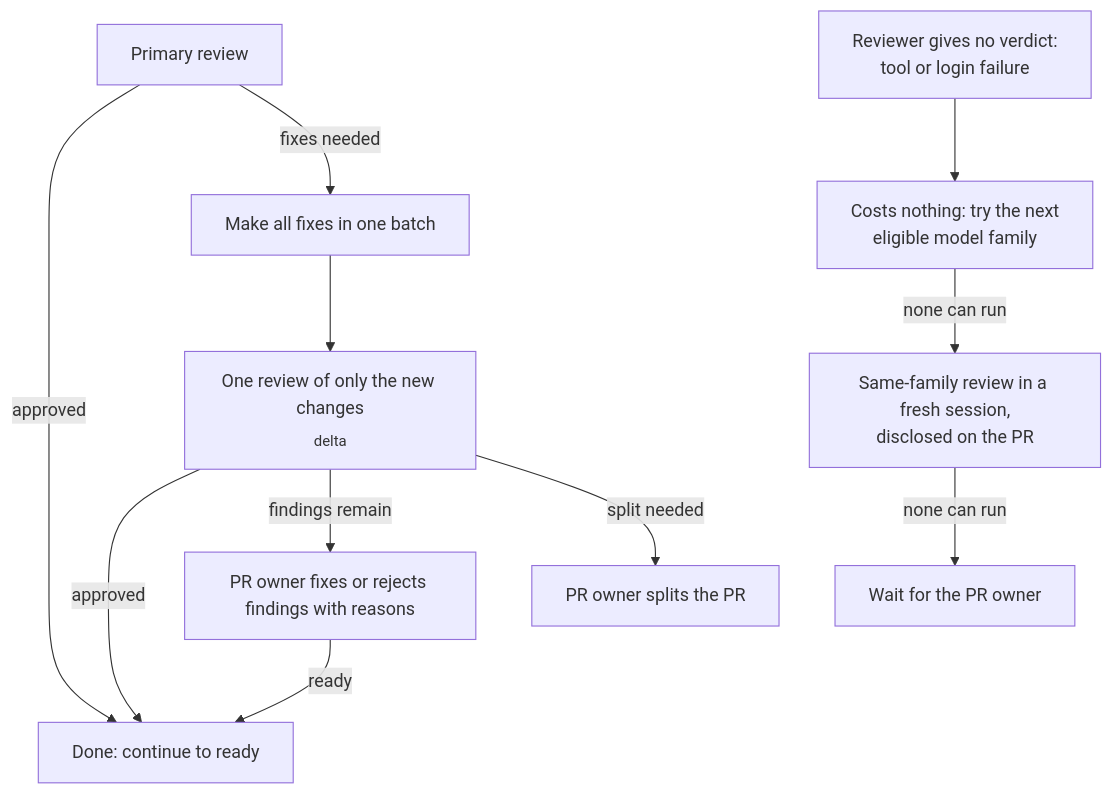
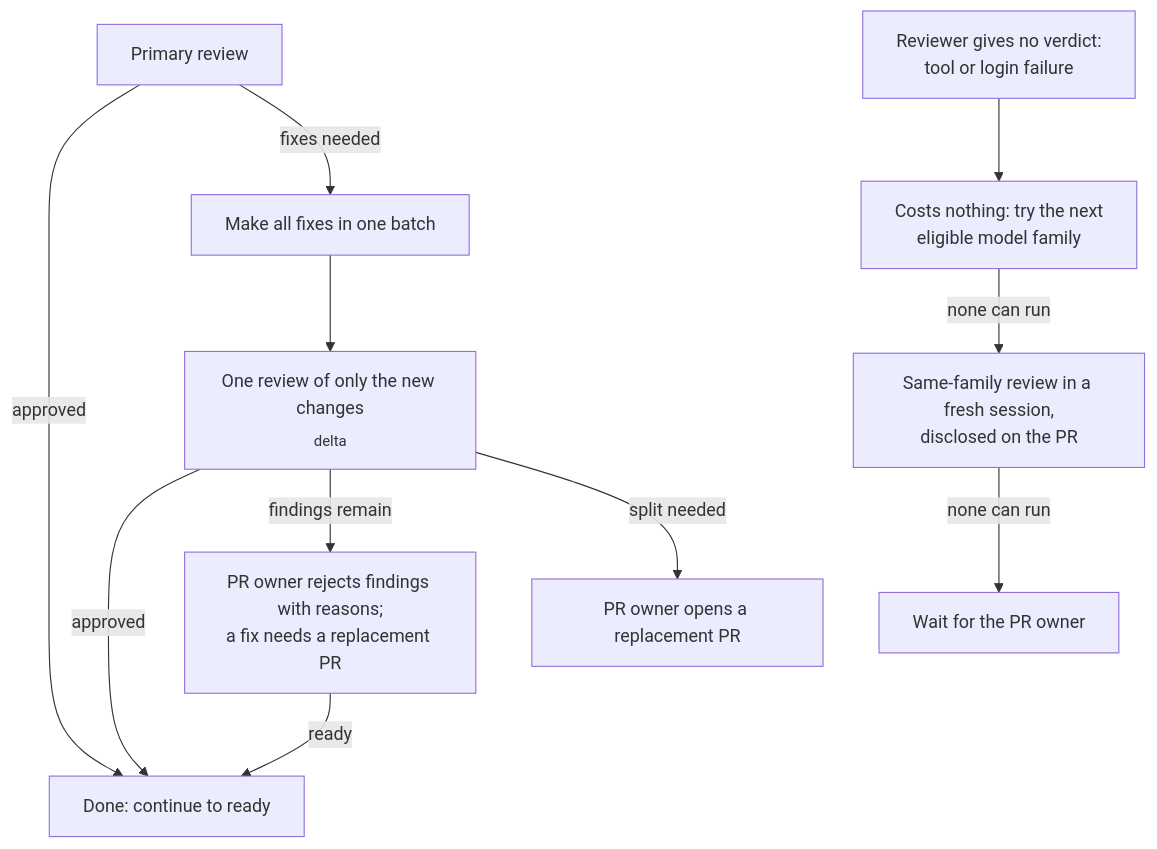
Before and after one commit to feder-positronics/loop-zero: the second of 3 diagrams in docs/WORKFLOW.md, drawn with Mermaid. The commit also changed other lines of this file and 6 other files, not shown here.

````diff
--- a/docs/WORKFLOW.md
+++ b/docs/WORKFLOW.md
@@ -36,13 +36,13 @@
 ```mermaid
 flowchart TD
     A["Primary review"] -->|approved| Z["Done: continue to ready"]
     A -->|fixes needed| B["Make all fixes in one batch"]
     B --> C["One review of only the new changes<br/><sub>delta</sub>"]
     C -->|approved| Z
-    C -->|findings remain| D["PR owner fixes or rejects findings with reasons"]
+    C -->|findings remain| D["PR owner rejects findings with reasons;<br/>a fix needs a replacement PR"]
     D -->|ready| Z
-    C -->|split needed| E["PR owner splits the PR"]
+    C -->|split needed| E["PR owner opens a replacement PR"]
     G["Reviewer gives no verdict:<br/>tool or login failure"] --> H["Costs nothing: try the next<br/>eligible model family"]
     H -->|none can run| J["Same-family review in a fresh session,<br/>disclosed on the PR"]
     J -->|none can run| I["Wait for the PR owner"]
 ```
````
